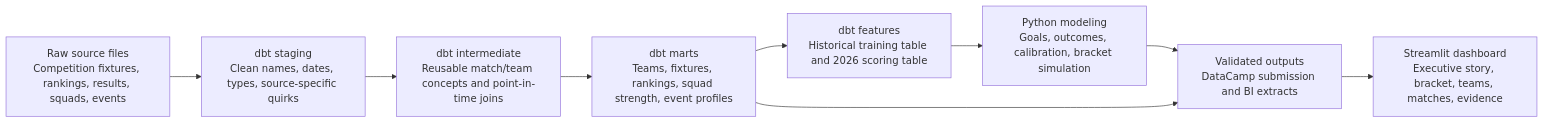
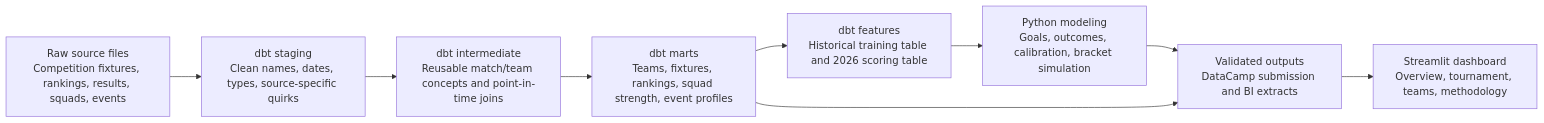
The diagram in docs/architecture.md (ckonnor/world-cup-2026-prediction-analytics), drawn with Mermaid before and after one commit. The commit also changed 26 other files, not shown here.

````diff
--- a/docs/architecture.md
+++ b/docs/architecture.md
@@ -7,14 +7,14 @@
 ```mermaid
 flowchart LR
     raw["Raw source files<br/>Competition fixtures, rankings, results, squads, events"]
     staging["dbt staging<br/>Clean names, dates, types, source-specific quirks"]
     intermediate["dbt intermediate<br/>Reusable match/team concepts and point-in-time joins"]
     marts["dbt marts<br/>Teams, fixtures, rankings, squad strength, event profiles"]
     features["dbt features<br/>Historical training table and 2026 scoring table"]
     python["Python modeling<br/>Goals, outcomes, calibration, bracket simulation"]
     exports["Validated outputs<br/>DataCamp submission and BI extracts"]
-    dashboard["Streamlit dashboard<br/>Executive story, bracket, teams, matches, evidence"]
+    dashboard["Streamlit dashboard<br/>Overview, tournament, teams, methodology"]
 
     raw --> staging --> intermediate --> marts --> features --> python --> exports --> dashboard
     marts --> exports
 ```
````
